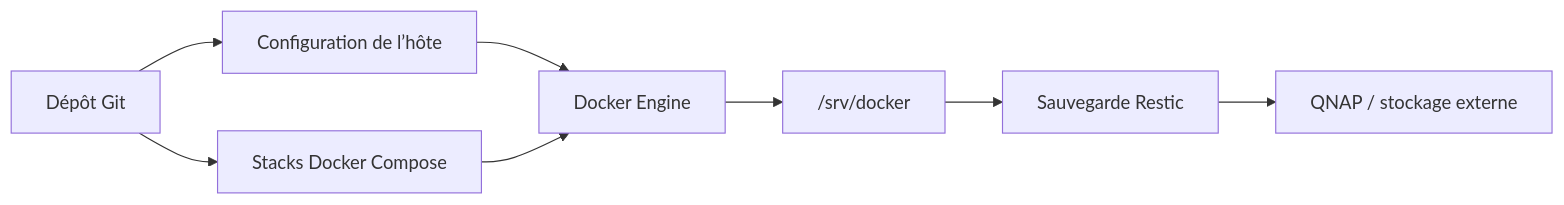
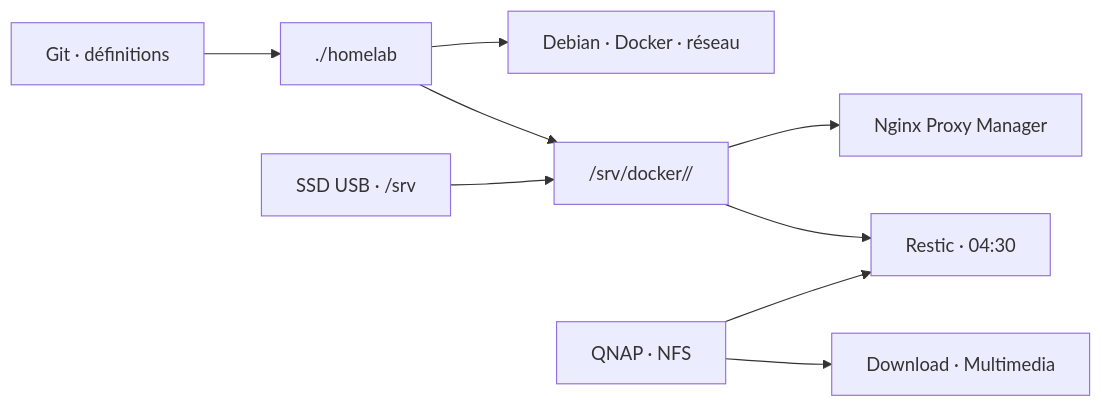
One commit to Eldayia/homelab changed the diagram in README.md. Above: the diagram before and after it, drawn with Mermaid. The commit also changed other lines of this file and 21 other files, not shown here.

````diff
--- a/README.md
+++ b/README.md
@@ -37,10 +69,11 @@
 ```mermaid
 flowchart LR
-  Git["Dépôt Git"] --> Host["Configuration de l’hôte"]
-  Git --> Compose["Stacks Docker Compose"]
-  Host --> Docker["Docker Engine"]
-  Compose --> Docker
-  Docker --> Data["/srv/docker"]
-  Data --> Restic["Sauvegarde Restic"]
-  Restic --> NAS["QNAP / stockage externe"]
+  Git["Git · définitions"] --> CLI["./homelab"]
+  CLI --> Host["Debian · Docker · réseau"]
+  CLI --> Apps["/srv/docker/<catégorie>/<service>"]
+  SSD["SSD USB · /srv"] --> Apps
+  Apps --> Proxy["Nginx Proxy Manager"]
+  Apps --> Backup["Restic · 04:30"]
+  NAS["QNAP · NFS"] --> Media["Download · Multimedia"]
+  NAS --> Backup
 ```
````
